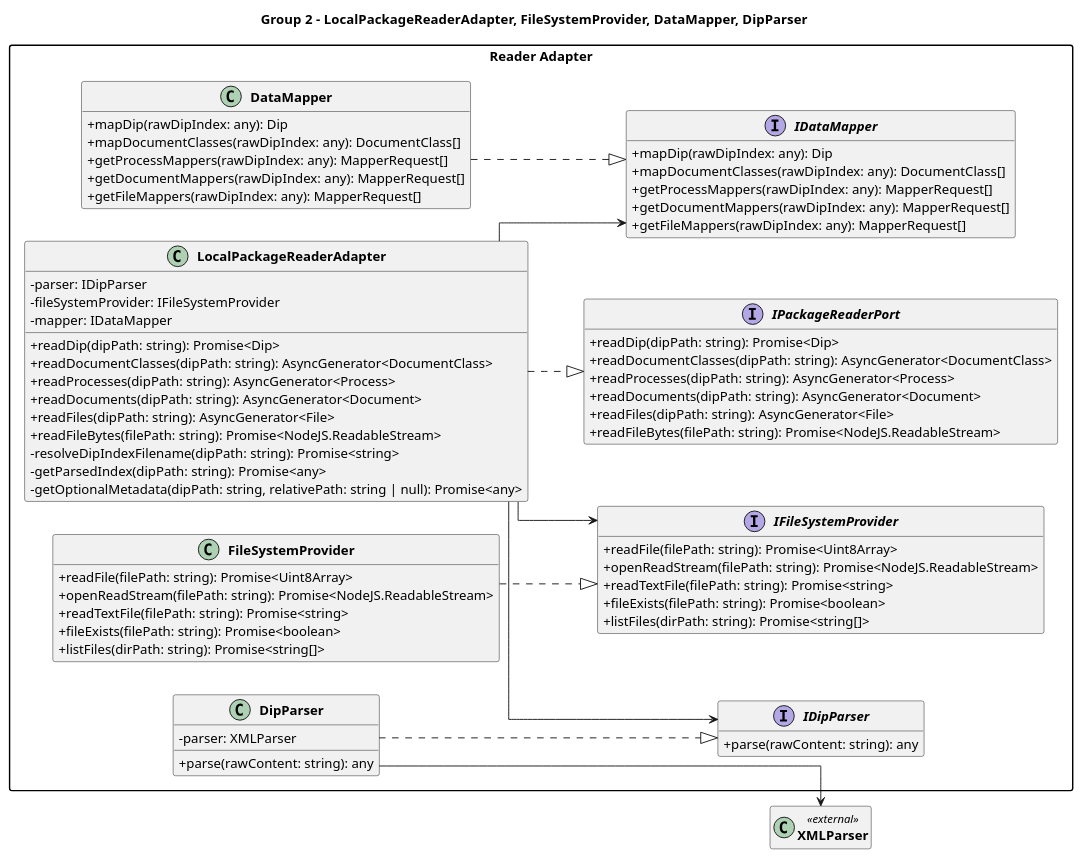
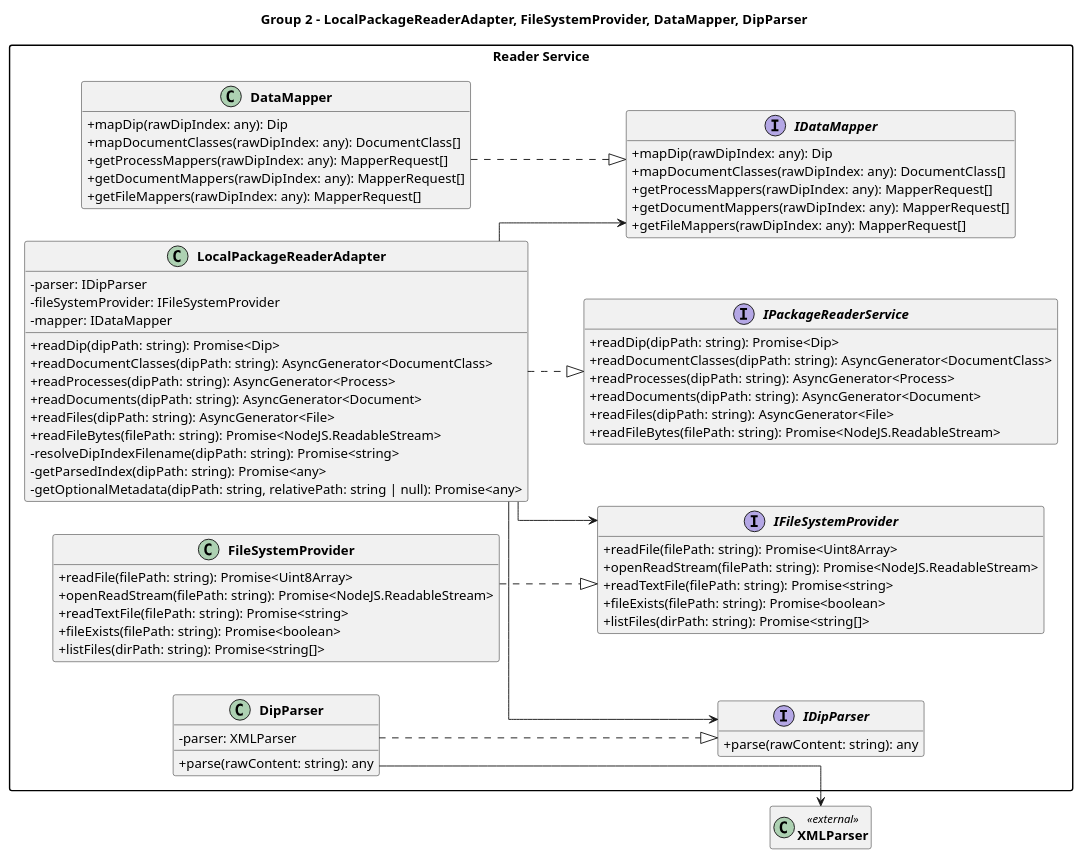
The diagram in 3_PB/DocumentiEsterni/DiagrammiSpecificaTecnica/C4/C4_Main_Indexing_Flow_group2_reader_impls.puml (7-ZPUs/Docs), drawn with PlantUML before and after one commit. The commit also changed 11 other files, not shown here.

```diff
--- a/3_PB/DocumentiEsterni/DiagrammiSpecificaTecnica/C4/C4_Main_Indexing_Flow_group2_reader_impls.puml
+++ b/3_PB/DocumentiEsterni/DiagrammiSpecificaTecnica/C4/C4_Main_Indexing_Flow_group2_reader_impls.puml
@@ -1,90 +1,90 @@
 @startuml Class Diagram - Main Indexing Flow - Group 2
 
 left to right direction
 skinparam classAttributeIconSize 0
 skinparam classFontStyle bold
 skinparam packageStyle rectangle
 skinparam linetype ortho
 hide empty members
 
 title Group 2 - LocalPackageReaderAdapter, FileSystemProvider, DataMapper, DipParser
 
-package "Reader Adapter" {
-  interface IPackageReaderPort {
+package "Reader Service" {
+  interface IPackageReaderService {
     + readDip(dipPath: string): Promise<Dip>
     + readDocumentClasses(dipPath: string): AsyncGenerator<DocumentClass>
     + readProcesses(dipPath: string): AsyncGenerator<Process>
     + readDocuments(dipPath: string): AsyncGenerator<Document>
     + readFiles(dipPath: string): AsyncGenerator<File>
     + readFileBytes(filePath: string): Promise<NodeJS.ReadableStream>
   }
 
   class LocalPackageReaderAdapter {
     - parser: IDipParser
     - fileSystemProvider: IFileSystemProvider
     - mapper: IDataMapper
     + readDip(dipPath: string): Promise<Dip>
     + readDocumentClasses(dipPath: string): AsyncGenerator<DocumentClass>
     + readProcesses(dipPath: string): AsyncGenerator<Process>
     + readDocuments(dipPath: string): AsyncGenerator<Document>
     + readFiles(dipPath: string): AsyncGenerator<File>
     + readFileBytes(filePath: string): Promise<NodeJS.ReadableStream>
     - resolveDipIndexFilename(dipPath: string): Promise<string>
     - getParsedIndex(dipPath: string): Promise<any>
     - getOptionalMetadata(dipPath: string, relativePath: string | null): Promise<any>
   }
 
   interface IDipParser {
     + parse(rawContent: string): any
   }
 
   class DipParser {
     - parser: XMLParser
     + parse(rawContent: string): any
   }
 
   interface IDataMapper {
     + mapDip(rawDipIndex: any): Dip
     + mapDocumentClasses(rawDipIndex: any): DocumentClass[]
     + getProcessMappers(rawDipIndex: any): MapperRequest[]
     + getDocumentMappers(rawDipIndex: any): MapperRequest[]
     + getFileMappers(rawDipIndex: any): MapperRequest[]
   }
 
   class DataMapper {
     + mapDip(rawDipIndex: any): Dip
     + mapDocumentClasses(rawDipIndex: any): DocumentClass[]
     + getProcessMappers(rawDipIndex: any): MapperRequest[]
     + getDocumentMappers(rawDipIndex: any): MapperRequest[]
     + getFileMappers(rawDipIndex: any): MapperRequest[]
   }
 
   interface IFileSystemProvider {
     + readFile(filePath: string): Promise<Uint8Array>
     + openReadStream(filePath: string): Promise<NodeJS.ReadableStream>
     + readTextFile(filePath: string): Promise<string>
     + fileExists(filePath: string): Promise<boolean>
     + listFiles(dirPath: string): Promise<string[]>
   }
 
   class FileSystemProvider {
     + readFile(filePath: string): Promise<Uint8Array>
     + openReadStream(filePath: string): Promise<NodeJS.ReadableStream>
     + readTextFile(filePath: string): Promise<string>
     + fileExists(filePath: string): Promise<boolean>
     + listFiles(dirPath: string): Promise<string[]>
   }
 }
 
 class XMLParser <<external>>
 
-LocalPackageReaderAdapter ..|> IPackageReaderPort
+LocalPackageReaderAdapter ..|> IPackageReaderService
 LocalPackageReaderAdapter --> IDipParser
 LocalPackageReaderAdapter --> IDataMapper
 LocalPackageReaderAdapter --> IFileSystemProvider
 DipParser ..|> IDipParser
 DipParser --> XMLParser
 DataMapper ..|> IDataMapper
 FileSystemProvider ..|> IFileSystemProvider
 
 @enduml
```
